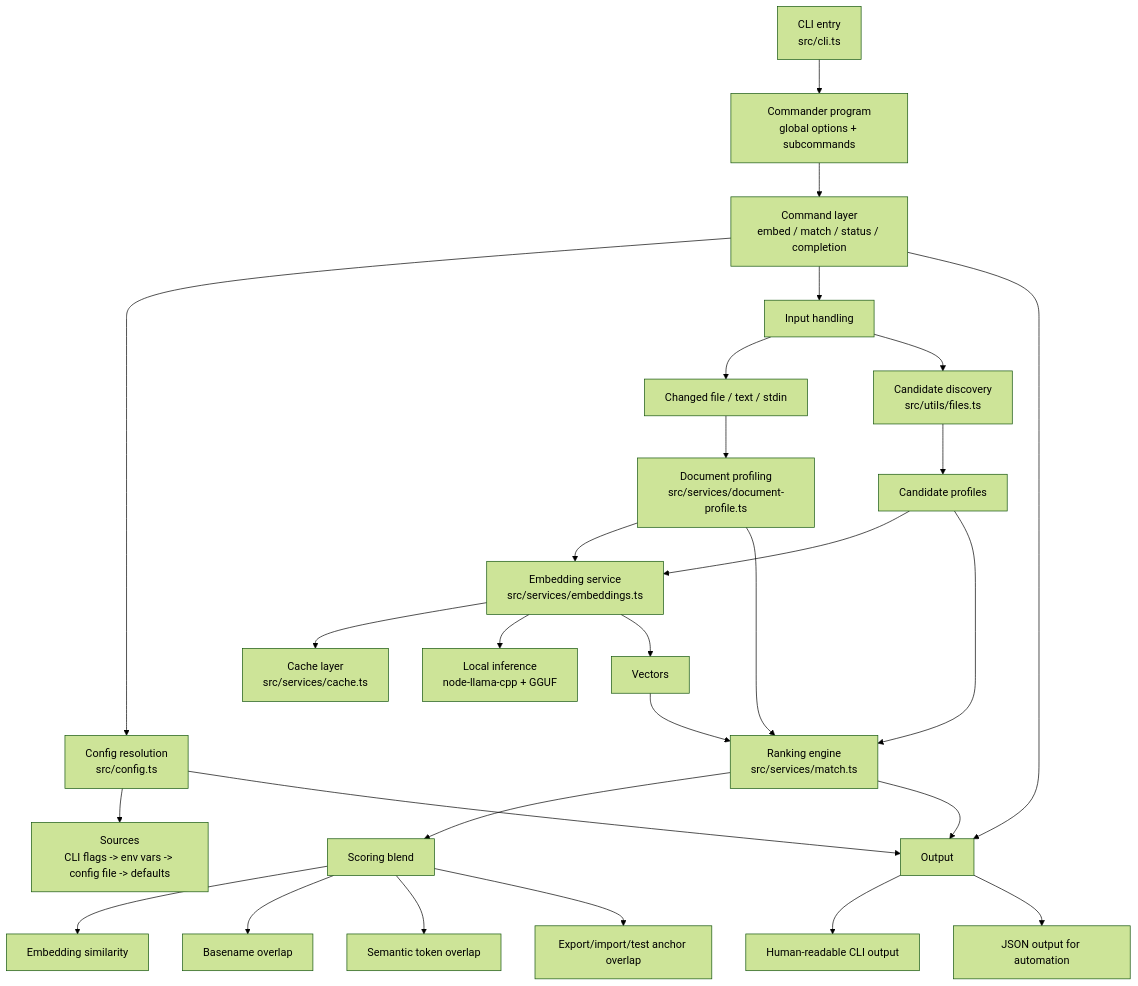
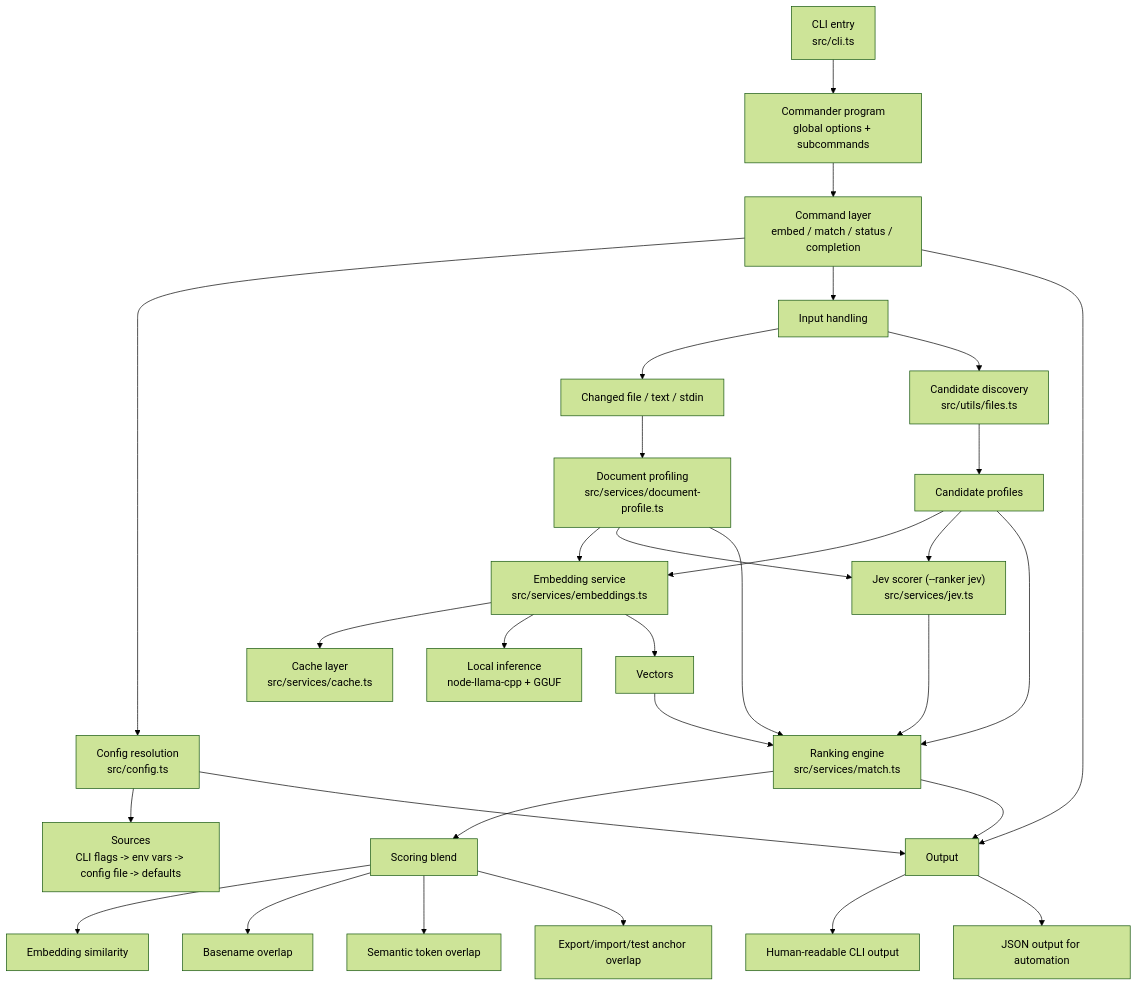
The diagram in README.md (JustasMonkev/semantic-test-matcher), drawn with Mermaid (forest theme) before and after one commit. The commit also changed other lines of this file and 13 other files, not shown here.

First line of the commit message:
Add opt-in TypeSafe Jev ranker

````diff
--- a/README.md
+++ b/README.md
@@ -24,38 +25,41 @@
 ```mermaid
 flowchart TD
     A["CLI entry<br/>src/cli.ts"] --> B["Commander program<br/>global options + subcommands"]
     B --> C["Command layer<br/>embed / match / status / completion"]
 
     C --> D["Config resolution<br/>src/config.ts"]
     D --> D1["Sources<br/>CLI flags -> env vars -> config file -> defaults"]
 
     C --> E["Input handling"]
     E --> E1["Changed file / text / stdin"]
     E --> E2["Candidate discovery<br/>src/utils/files.ts"]
 
     E1 --> F["Document profiling<br/>src/services/document-profile.ts"]
     E2 --> F2["Candidate profiles"]
 
     F --> G["Embedding service<br/>src/services/embeddings.ts"]
     F2 --> G
+    F --> JV["Jev scorer (--ranker jev)<br/>src/services/jev.ts"]
+    F2 --> JV
+    JV --> K
 
     G --> H["Cache layer<br/>src/services/cache.ts"]
     G --> I["Local inference<br/>node-llama-cpp + GGUF"]
 
     G --> J["Vectors"]
     J --> K["Ranking engine<br/>src/services/match.ts"]
     F --> K
     F2 --> K
 
     K --> L["Scoring blend"]
     L --> L1["Embedding similarity"]
     L --> L2["Basename overlap"]
     L --> L3["Semantic token overlap"]
     L --> L4["Export/import/test anchor overlap"]
 
     C --> M["Output"]
     K --> M
     D --> M
     M --> M1["Human-readable CLI output"]
     M --> M2["JSON output for automation"]
 ```
````
